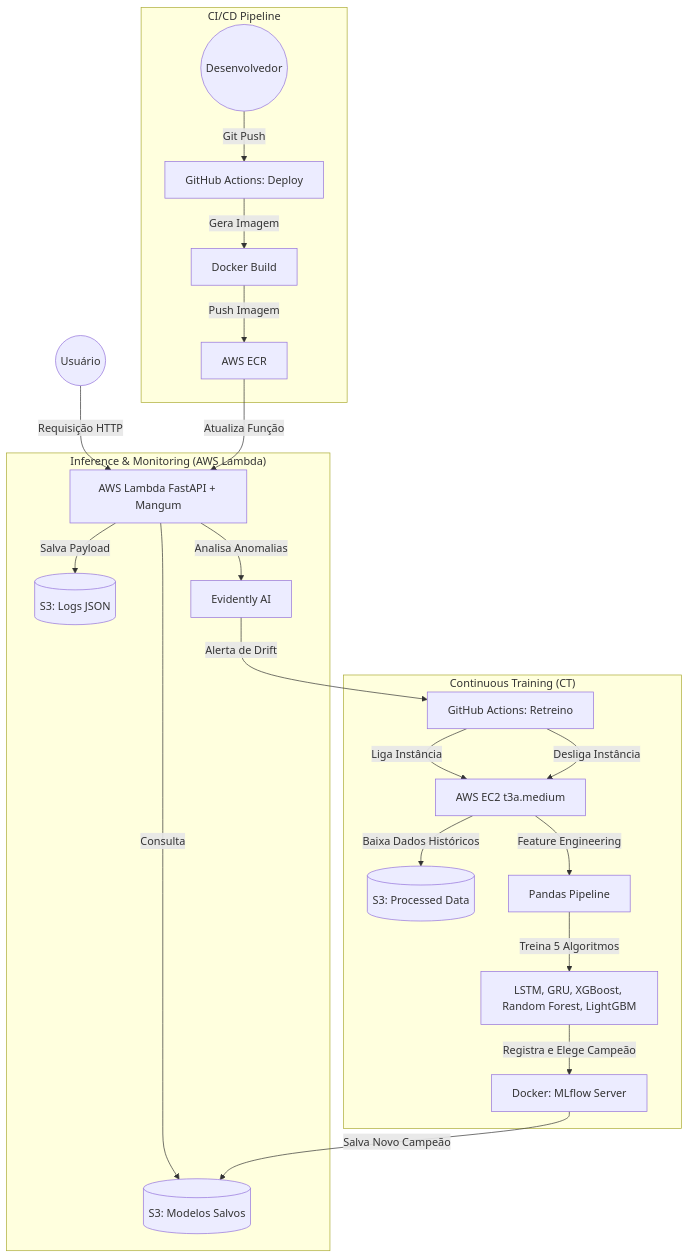
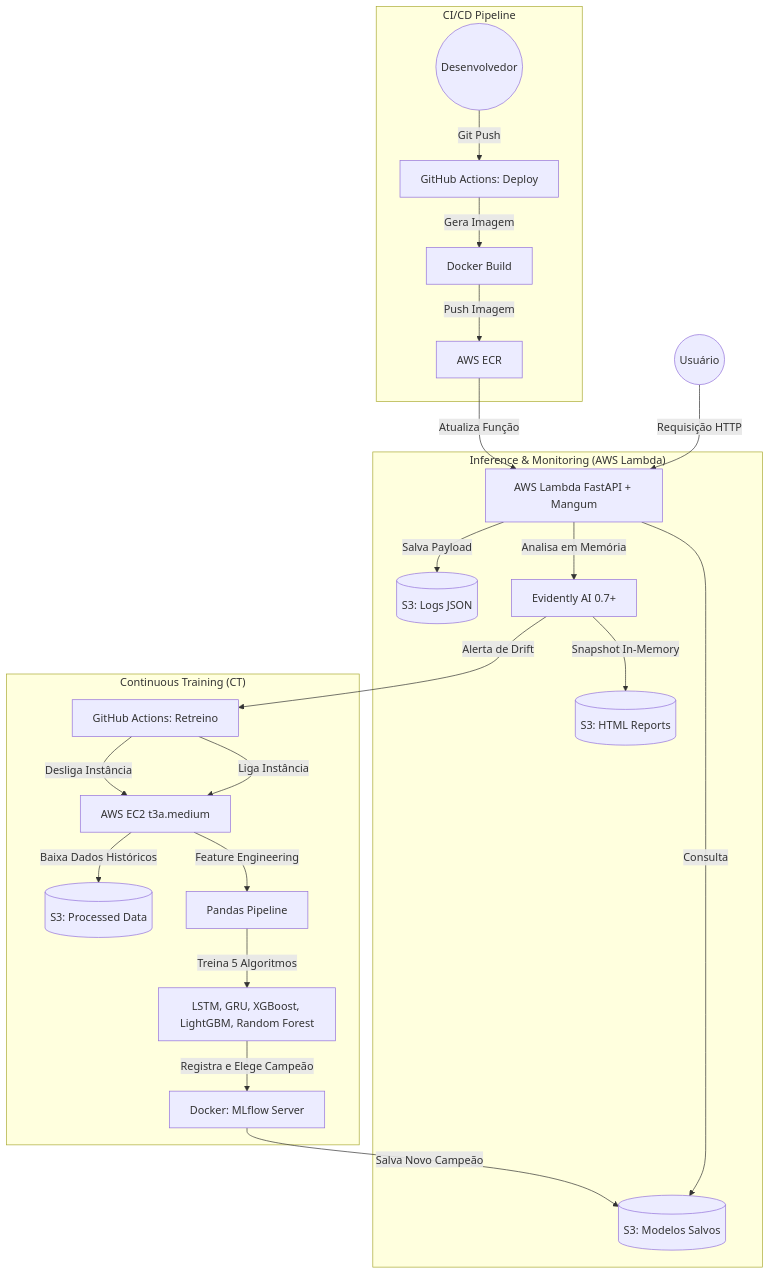
One commit to Tales-Santos-code/financial-asset-price-forecasting changed the diagram in README.md. Above: the diagram before and after it, drawn with Mermaid. The commit also changed other lines of this file and 16 other files, not shown here.

````diff
--- a/README.md
+++ b/README.md
@@ -13,28 +13,29 @@
 ```mermaid
 graph TD
     User((Usuário)) -->|Requisição HTTP| API[AWS Lambda FastAPI + Mangum]
     
     subgraph "Inference & Monitoring (AWS Lambda)"
         API -->|Salva Payload| S3_Logs[(S3: Logs JSON)]
         API -->|Consulta| S3_Model[(S3: Modelos Salvos)]
-        API -->|Analisa Anomalias| Evidently[Evidently AI]
+        API -->|Analisa em Memória| Evidently[Evidently AI 0.7+]
+        Evidently -->|Snapshot In-Memory| S3_Reports[(S3: HTML Reports)]
     end
 
     subgraph "Continuous Training (CT)"
         Evidently -->|Alerta de Drift| GH_Actions_Retrain[GitHub Actions: Retreino]
         GH_Actions_Retrain -->|Liga Instância| EC2[AWS EC2 t3a.medium]
         EC2 -->|Baixa Dados Históricos| S3_Data[(S3: Processed Data)]
         EC2 -->|Feature Engineering| Pipeline[Pandas Pipeline]
-        Pipeline -->|Treina 5 Algoritmos| ML_Models[LSTM, GRU, XGBoost, Random Forest, LightGBM]
+        Pipeline -->|Treina 5 Algoritmos| ML_Models[LSTM, GRU, XGBoost, LightGBM, Random Forest]
         ML_Models -->|Registra e Elege Campeão| MLflow[Docker: MLflow Server]
         MLflow -->|Salva Novo Campeão| S3_Model
         GH_Actions_Retrain -->|Desliga Instância| EC2
     end
 
     subgraph "CI/CD Pipeline"
         Dev((Desenvolvedor)) -->|Git Push| GH_Actions_Deploy[GitHub Actions: Deploy]
         GH_Actions_Deploy -->|Gera Imagem| Docker[Docker Build]
         Docker -->|Push Imagem| ECR[AWS ECR]
         ECR -->|Atualiza Função| API
     end
 ```
````
